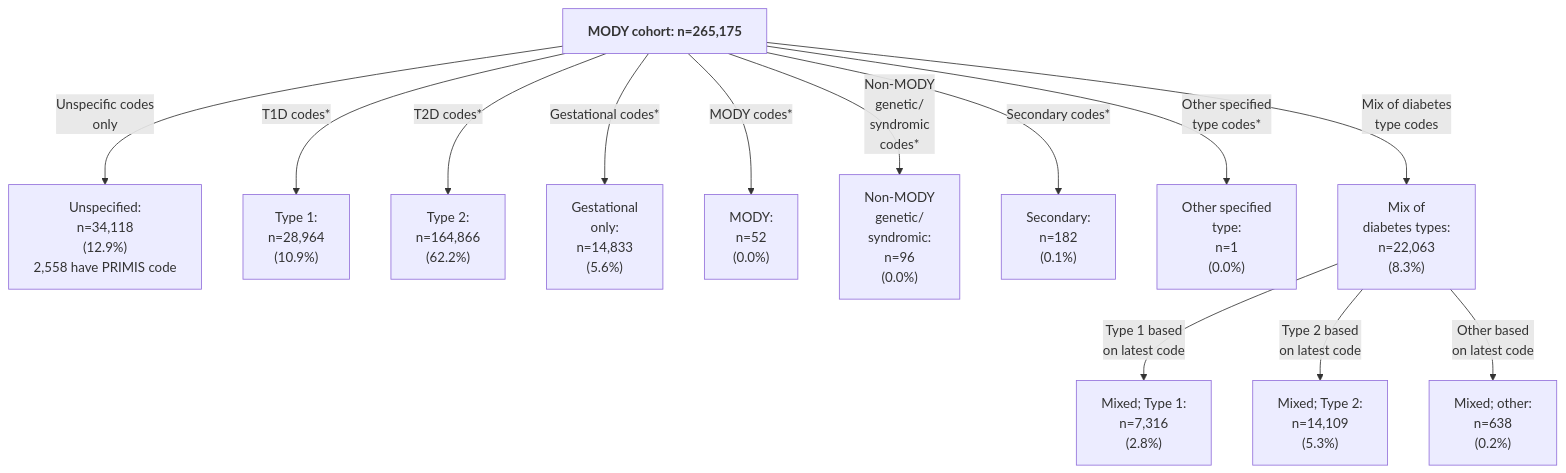
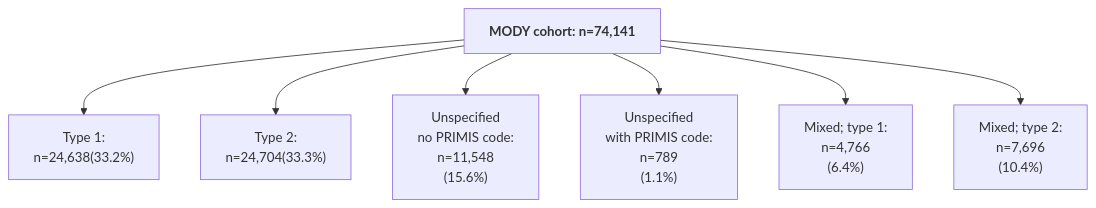
The third of 3 diagrams in README.md (Exeter-Diabetes/CPRD-Katie-DePICtion-Scripts), drawn with Mermaid before and after one commit.

````diff
--- a/README.md
+++ b/README.md
@@ -90,15 +90,9 @@
 ```mermaid
 graph TD;
-    G["<b>MODY cohort:<b> n=265,175"] --> |"Unspecific codes<br>only"| H["Unspecified: <br>n=34,118<br>(12.9%)<br>2,558 have PRIMIS code"]
-    G --> |"T1D codes*"| I["Type 1: <br>n=28,964<br>(10.9%)"]
-    G --> |"T2D codes*"| J["Type 2: <br>n=164,866<br>(62.2%)"]
-    G --> |"Gestational codes*"| K["Gestational <br>only: <br>n=14,833<br>(5.6%)"]
-    G --> |"MODY codes*"| L["MODY: <br>n=52<br>(0.0%)"]
-    G --> |"Non-MODY <br>genetic/<br>syndromic <br>codes*"| M["Non-MODY <br>genetic/<br>syndromic: <br>n=96<br>(0.0%)"]
-    G --> |"Secondary codes*"| N["Secondary: <br>n=182<br>(0.1%)"]
-    G --> |"Other specified<br>type codes*"| P["Other specified<br>type: <br>n=1<br>(0.0%)"]  
-    G --> |"Mix of diabetes<br>type codes"| Q["Mix of<br>diabetes types: <br>n=22,063<br>(8.3%)"]
-    Q --> |"Type 1 based<br>on latest code"| R["Mixed; Type 1: <br>n=7,316<br>(2.8%)"]
-    Q --> |"Type 2 based<br>on latest code"| S["Mixed; Type 2: <br>n=14,109<br>(5.3%)"]
-    Q --> |"Other based<br>on latest code"| T["Mixed; other: <br>n=638<br>(0.2%)"]
+    G["<b>MODY cohort:<b> n=74,141"] --> H["Type 1:<br>n=24,638(33.2%)"]
+    G --> I["Type 2:<br>n=24,704(33.3%)"]
+    G --> J["Unspecified<br>no PRIMIS code:<br>n=11,548<br>(15.6%)"]
+    G --> K["Unspecified<br>with PRIMIS code: <br>n=789<br>(1.1%)"]
+    G --> L["Mixed; type 1:<br>n=4,766<br>(6.4%)"]
+    G --> M["Mixed; type 2:<br>n=7,696<br>(10.4%)"]
 ```
````
